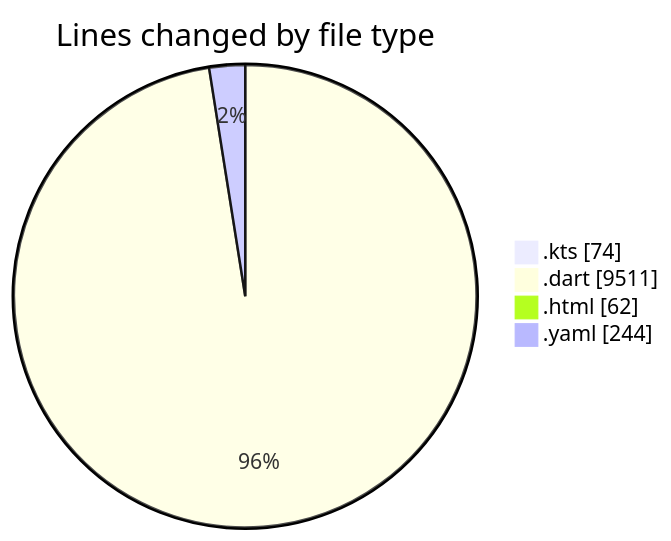
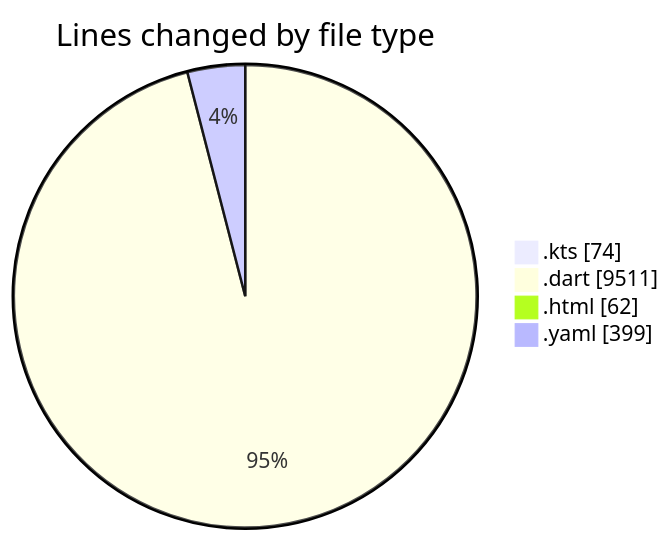
One commit to lephambinh05/code-tracking changed the first of 2 diagrams in 2025-08-03/studybuddy/README.md. Above: the diagram before and after it, drawn with Mermaid. The commit also changed other lines of this file and 1 other file, not shown here.

````diff
--- a/2025-08-03/studybuddy/README.md
+++ b/2025-08-03/studybuddy/README.md
@@ -54,8 +54,8 @@
 ```mermaid
 pie showData
 title Lines changed by file type
 ".kts" : 74
 ".dart" : 9511
 ".html" : 62
-".yaml" : 244
+".yaml" : 399
 ```
````
